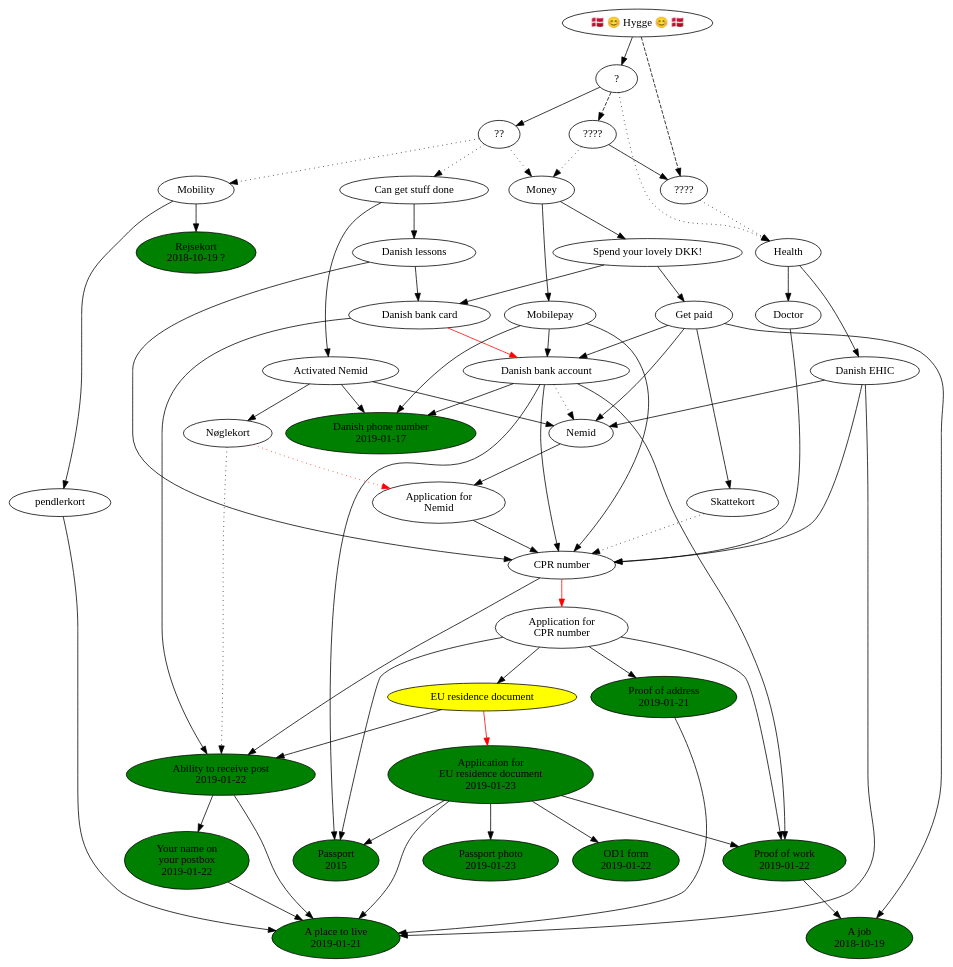
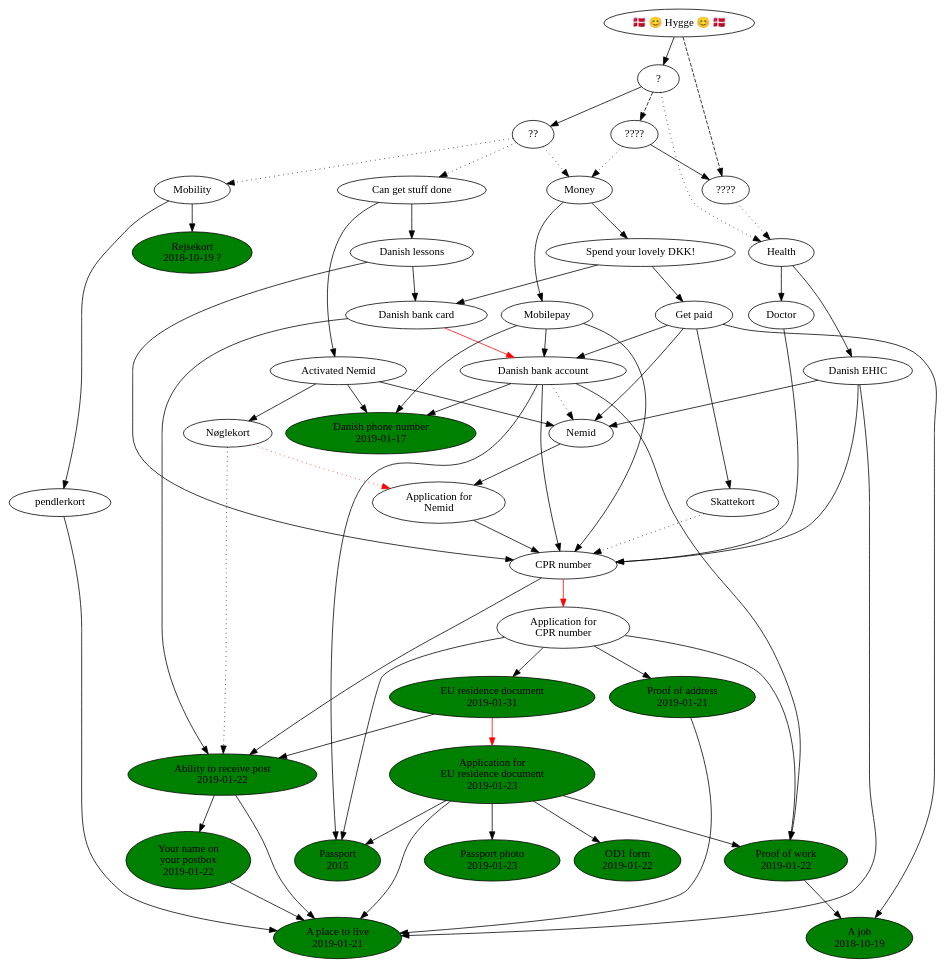
One commit to NoahBohme/emigrerer-til-danmark changed the diagram in flytter-til-danmark.dot. Above: the diagram before and after it, drawn with Graphviz. The commit also changed 2 other files, not shown here.

```diff
--- a/flytter-til-danmark.dot
+++ b/flytter-til-danmark.dot
@@ -1,136 +1,136 @@
 digraph g {
   job [ label="A job\n2018-10-19" style=filled fillcolor=green ]
   proof_of_work [ label="Proof of work\n2019-01-22" style=filled fillcolor=green ]
   proof_of_work -> job
 
   passport [ label="Passport\n2015" style=filled fillcolor=green ]
 
   danish_phone_number [ label="Danish phone number\n2019-01-17" style=filled fillcolor=green ]
   rejsekort [ label="Rejsekort\n2018-10-19 ?" style=filled fillcolor=green ]
 
   place_to_live [ label="A place to live\n2019-01-21" style=filled fillcolor=green ]
 
   name_on_postbox [ label="Your name on\nyour postbox\n2019-01-22" style=filled fillcolor=green ]
   name_on_postbox -> place_to_live
 
   can_receive_post [ label="Ability to receive post\n2019-01-22" style=filled fillcolor=green ]
   can_receive_post -> place_to_live
   can_receive_post -> name_on_postbox
 
   pendlerkort
   pendlerkort -> place_to_live
 
   eu_residence_document_application [ label="Application for\nEU residence document\n2019-01-23" style=filled fillcolor=green ]
   eu_residence_document_application -> place_to_live
   eu_residence_document_application -> proof_of_work
   eu_residence_document_application -> passport
   eu_residence_document_application -> od1_form
   od1_form [ label="OD1 form\n2019-01-22" style=filled fillcolor=green ]
   passport_photo [ label="Passport photo\n2019-01-23" style=filled fillcolor=green ]
   eu_residence_document_application -> passport_photo
 
-  eu_residence_document [ label="EU residence document" style=filled fillcolor=yellow ]
+  eu_residence_document [ label="EU residence document\n2019-01-31" style=filled fillcolor=green ]
   eu_residence_document -> eu_residence_document_application [ color="red" ]
   eu_residence_document -> can_receive_post
 
   cpr_number_application [ label="Application for\nCPR number" ]
   cpr_number_application -> eu_residence_document
   cpr_number_application -> proof_of_work
   cpr_number_application -> proof_of_address
   cpr_number_application -> passport
 
   cpr_number [ label="CPR number" ]
   cpr_number -> cpr_number_application [ color="red" ]
   cpr_number -> can_receive_post
 
   proof_of_address [ label="Proof of address\n2019-01-21" style=filled fillcolor=green ]
   proof_of_address -> place_to_live
 
   skattekort [ label="Skattekort" ]
   skattekort -> cpr_number [ style="dotted" ]
 
   nemid_application [ label="Application for\nNemid" ]
   nemid_application -> cpr_number
   nemid [ label="Nemid" ]
   nemid -> nemid_application
 
   danish_bank_account [ label="Danish bank account" ]
   danish_bank_account -> cpr_number
   danish_bank_account -> proof_of_work
   danish_bank_account -> nemid [ style="dotted" ]
   danish_bank_account -> passport
   danish_bank_account -> danish_phone_number
 
   activated_nemid [ label="Activated Nemid" ]
   activated_nemid -> nemid
   activated_nemid -> danish_phone_number
   noglekort [ label="Nøglekort" ]
   activated_nemid -> noglekort
   noglekort -> nemid_application [ style="dotted" color="red" ]
   noglekort -> can_receive_post [ style="dotted" ]
 
   ehic [ label="Danish EHIC" ]
   ehic -> cpr_number
   ehic -> nemid
   ehic -> place_to_live
 
   doctor [ label="Doctor" ]
   doctor -> cpr_number
 
   get_paid [ label="Get paid" ]
   get_paid -> job
   get_paid -> skattekort
   get_paid -> danish_bank_account
   get_paid -> nemid
 
   danish_lessions [ label="Danish lessons" ]
   danish_lessions -> cpr_number
   danish_lessions -> danish_bank_card
 
   danish_bank_card [ label="Danish bank card" ]
   danish_bank_card -> danish_bank_account [ color="red" ]
   danish_bank_card -> can_receive_post
 
   spend_lovely_dkk [ label="Spend your lovely DKK!" ]
   spend_lovely_dkk -> get_paid
   spend_lovely_dkk -> danish_bank_card
 
   mobilepay [ label="Mobilepay" ]
   mobilepay -> cpr_number
   mobilepay -> danish_phone_number
   mobilepay -> danish_bank_account
 
   // Det endeligt mål
   hygge [ label="🇩🇰 😊 Hygge 😊 🇩🇰" ]
   // Deliberately vague so as not to imply that (a) hygge has a formula, or
   // (b) it depends on any of the named things
   hygge -> magi4 [ style=dashed ]
   hygge -> magi1
   magi1 [ label="?" ]
   magi4 [ label="????" ]
   magi2 [ label="??" ]
   magi3 [ label="????" ]
   magi3 -> magi4
   magi1 -> magi2
   magi1 -> magi3 [ style=dashed ]
 
   magi1 -> helbred [ style=dotted ]
   magi2 -> penge [ style=dotted ]
 
   magi4 -> helbred [ style=dotted ]
   helbred [ label="Health" ]
   helbred -> doctor
   helbred -> ehic
   magi3 -> penge [ style=dotted ]
   penge [ label="Money" ]
   penge -> spend_lovely_dkk
   penge -> mobilepay
   magi2 -> rejser [ style=dotted ]
   rejser [ label="Mobility" ]
   rejser -> pendlerkort
   rejser -> rejsekort
   magi2 -> faa_ting_gjort [ style=dotted ]
   faa_ting_gjort [ label="Can get stuff done" ]
   faa_ting_gjort -> activated_nemid
   faa_ting_gjort -> danish_lessions
 }
```
